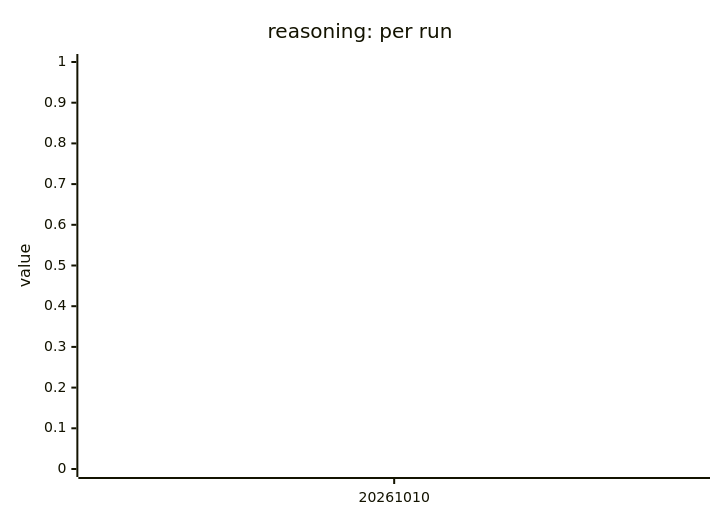
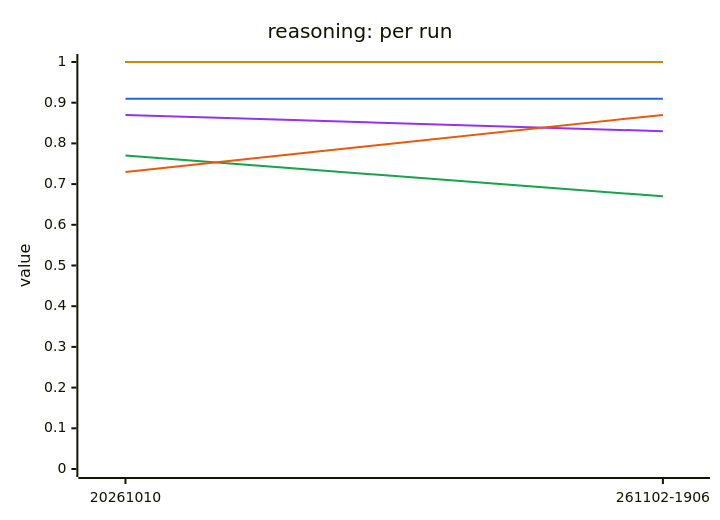
Before and after one commit to megagonlabs/blue-data-user-source: the first of 2 diagrams in lib/tests/benchmarks/reasoning/results/README.md, drawn with Mermaid. The commit also changed other lines of this file and 5 other files, not shown here.

````diff
--- a/lib/tests/benchmarks/reasoning/results/README.md
+++ b/lib/tests/benchmarks/reasoning/results/README.md
@@ -34,14 +34,14 @@
 ```mermaid
 %%{init: {"themeVariables": {"xyChart": {"plotColorPalette": "#2563eb, #16a34a, #dc2626, #9333ea, #ea580c, #0891b2, #ca8a04"}}}}%%
 xychart-beta
     title "reasoning: per run"
-    x-axis ["20261010"]
+    x-axis ["20261010", "261102-1906"]
     y-axis "value" 0 --> 1
-    line [0.91]
-    line [0.77]
-    line [1.00]
-    line [0.87]
-    line [0.73]
-    line [1.00]
-    line [1.00]
+    line [0.91, 0.91]
+    line [0.77, 0.67]
+    line [1.00, 1.00]
+    line [0.87, 0.83]
+    line [0.73, 0.87]
+    line [1.00, 1.00]
+    line [1.00, 1.00]
 ```
````
